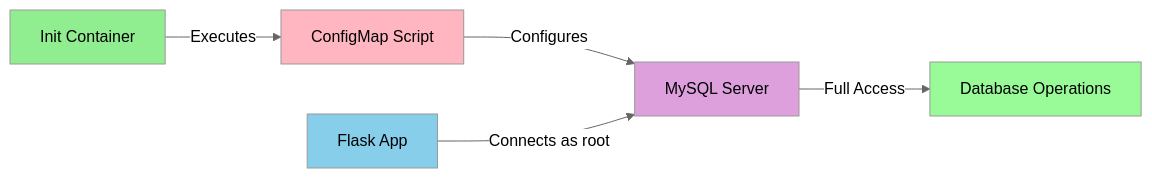
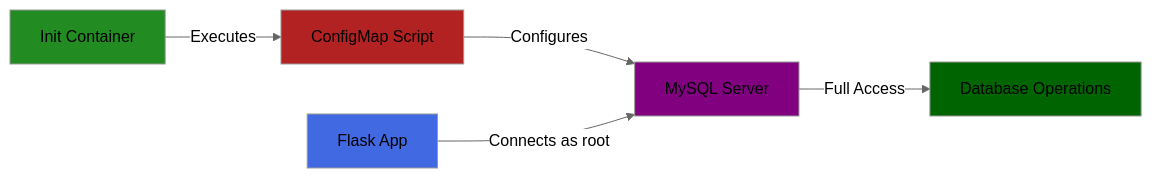
Before and after one commit to dvirmoyal/world-of-game: the second of 2 diagrams in README.md, drawn with Mermaid (neutral theme). The commit also changed other lines of this file and 73 other files, not shown here.

Commit message:
feat(database): integrate bitnami mysql helm chart

````diff
--- a/README.md
+++ b/README.md
@@ -93,13 +252,12 @@
 ```mermaid
 graph LR
     A[Init Container] -->|Executes| B[ConfigMap Script]
     B -->|Configures| C[MySQL Server]
     D[Flask App] -->|Connects as root| C
     C -->|Full Access| E[Database Operations]
-
-    style A fill:#90EE90
-    style B fill:#FFB6C1
-    style C fill:#DDA0DD
-    style D fill:#87CEEB
-    style E fill:#98FB98
+    style A fill:#228B22
+    style B fill:#B22222
+    style C fill:#800080
+    style D fill:#4169E1
+    style E fill:#006400
 ```
````
